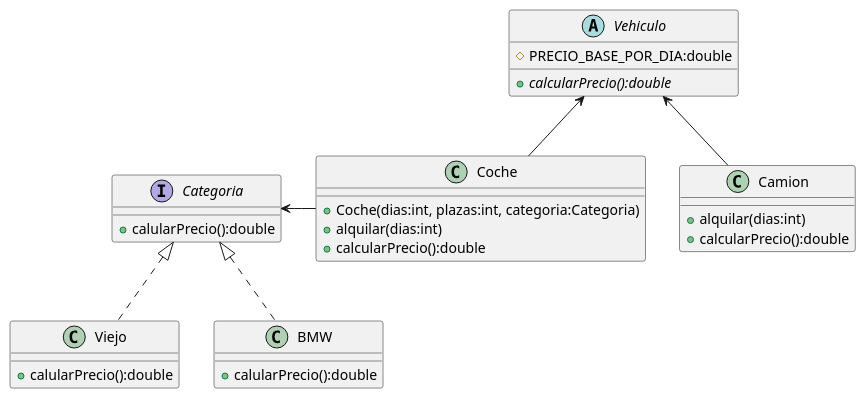
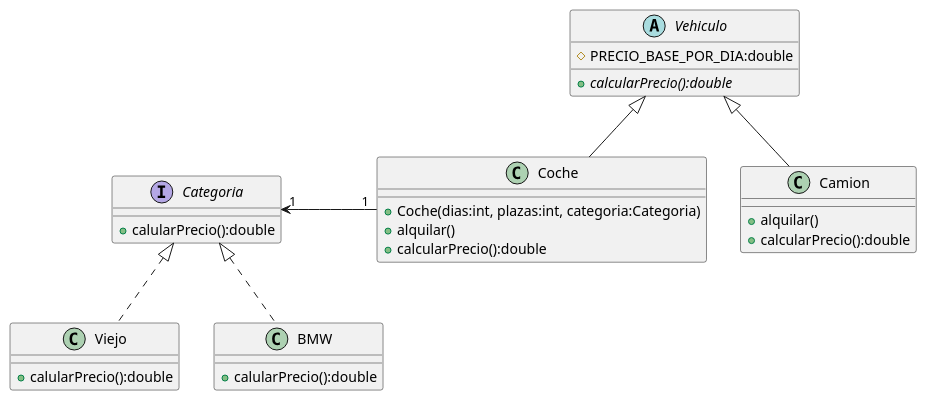
One commit to AbrahamOsco/Ejercicios-Java-POO changed the diagram in Diagramas/vehiculos.puml. Above: the diagram before and after it, drawn with PlantUML. The commit also changed 30 other files, not shown here.

Commit message:
add diagrams 4+1

```diff
--- a/Diagramas/vehiculos.puml
+++ b/Diagramas/vehiculos.puml
@@ -1,34 +1,34 @@
 @startuml
 
 class Coche{
     +Coche(dias:int, plazas:int, categoria:Categoria)
-    +alquilar(dias:int)
+    +alquilar()
     +calcularPrecio():double
 }
 
 class Camion{
-    +alquilar(dias:int)
+    +alquilar()
     +calcularPrecio():double
 
 }
 interface Categoria{
     +calularPrecio():double
 }
 class Viejo{
     +calularPrecio():double
 }
 
 class BMW{
     +calularPrecio():double
 }
 abstract class  Vehiculo {
     #PRECIO_BASE_POR_DIA:double
     {abstract}+calcularPrecio():double
 }
 
-Categoria <- Coche
+Categoria "1" <- "1" Coche: "                  "
 Categoria <|.. Viejo
 Categoria <|.. BMW
-Vehiculo <-- Coche
-Vehiculo <--  Camion
+Vehiculo <|-- Coche
+Vehiculo <|--  Camion
 @enduml
```
